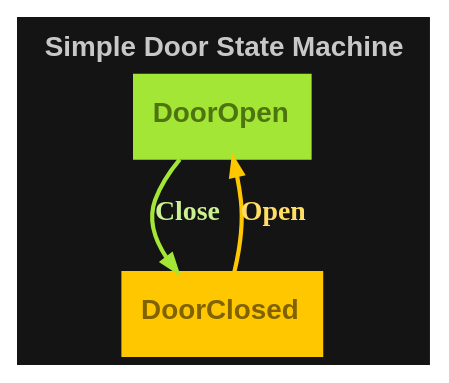
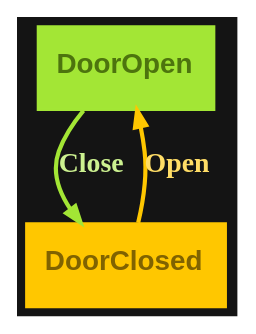
One commit to m-bock/purescript-transit changed the diagram in graphs/simple-door-dark.dot. Above: the diagram before and after it, drawn with Graphviz. The commit also changed 22 other files, not shown here.

```diff
--- a/graphs/simple-door-dark.dot
+++ b/graphs/simple-door-dark.dot
@@ -1,8 +1,8 @@
 digraph 
 {
-rankdir = "TD";fontname = "Arial";label = <<b>Simple Door State Machine</b>>;labelloc = "t";fontsize = 12;bgcolor = "#141414";color = "#c8c8c8";fontcolor = "#c8c8c8"
+rankdir = "TD";fontname = "Arial";labelloc = "t";fontsize = 12;bgcolor = "#141414";color = "#c8c8c8";fontcolor = "#c8c8c8"
 DoorOpen [shape = "box", label = <<b>DoorOpen</b>>, fontsize = 12, style = "filled", fillcolor = "#a3e635", fontcolor = "#4d740e", color = "#a3e635", fontname = "Arial", labelloc = "c", penwidth = 1.0]
 DoorOpen -> DoorClosed [color = "#a3e635", fontcolor = "#ccf190", fontsize = 12, arrowsize = "0.7", label = <<b>Close</b>>, penwidth = 1.8]
 DoorClosed [shape = "box", label = <<b>DoorClosed</b>>, fontsize = 12, style = "filled", fillcolor = "#ffc700", fontcolor = "#806300", color = "#ffc700", fontname = "Arial", labelloc = "c", penwidth = 1.0]
 DoorClosed -> DoorOpen [color = "#ffc700", fontcolor = "#ffdd66", fontsize = 12, arrowsize = "0.7", label = <<b>Open</b>>, penwidth = 1.8]
 }
```
